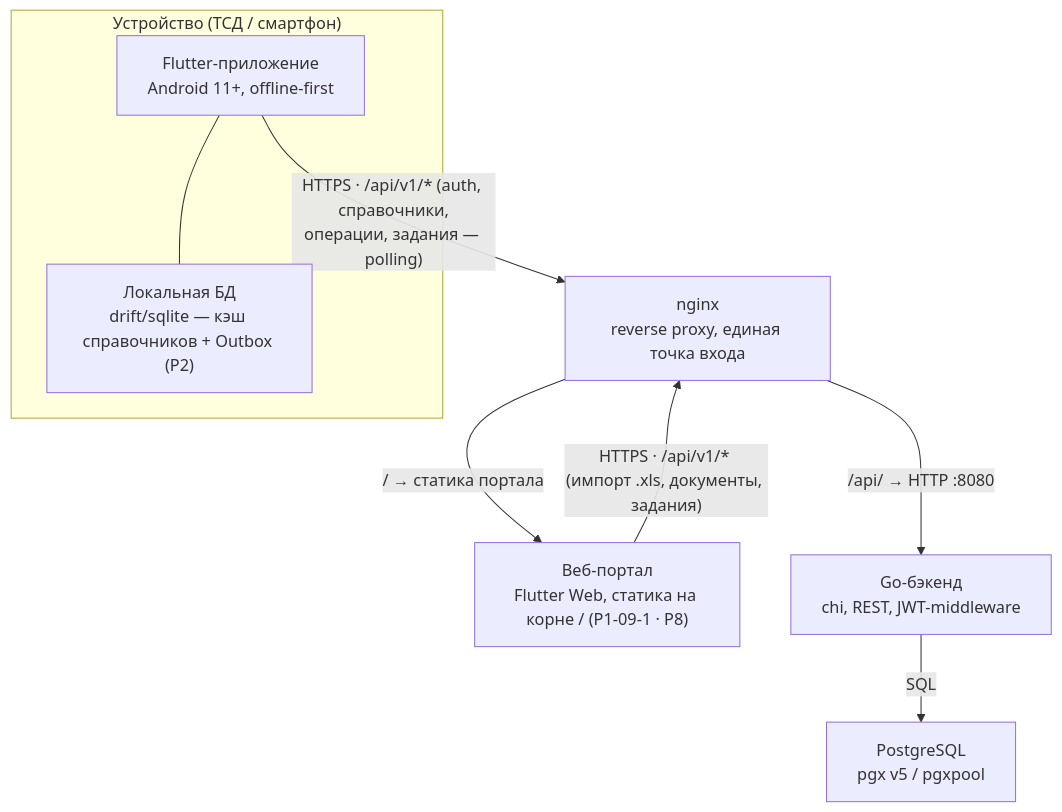
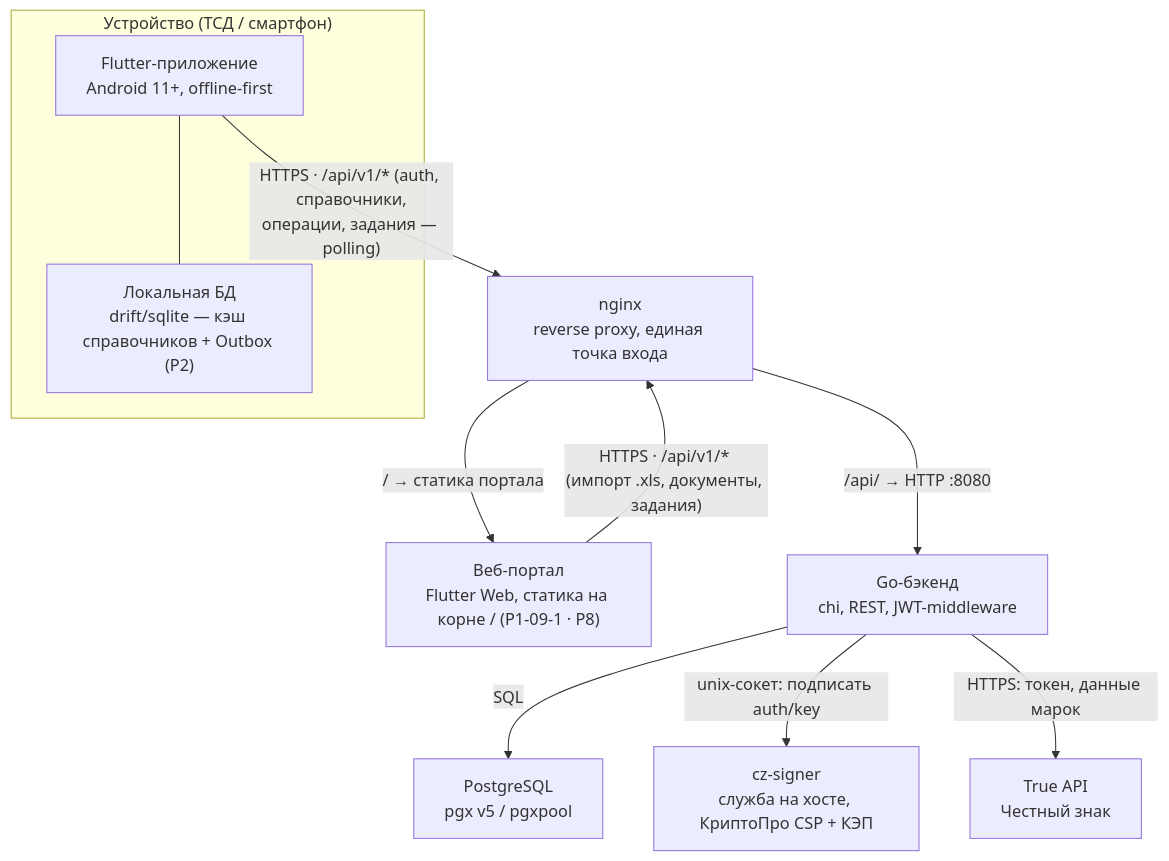
The second of 4 diagrams in docs/architecture.md (SergeiSMV/craft_limonades), drawn with Mermaid before and after one commit. The commit also changed other lines of this file and 33 other files, not shown here.

First line of the commit message:
feat(cz): CZ-02 - подписант cz-signer на хосте и клиент True API

````diff
--- a/docs/architecture.md
+++ b/docs/architecture.md
@@ -55,19 +60,23 @@
 ```mermaid
 flowchart TB
     subgraph device["Устройство (ТСД / смартфон)"]
         app["Flutter-приложение<br/>Android 11+, offline-first"]
         localdb["Локальная БД<br/>drift/sqlite — кэш справочников + Outbox (P2)"]
         app --- localdb
     end
 
     portal["Веб-портал<br/>Flutter Web, статика на корне / (P1-09-1 · P8)"]
     nginx["nginx<br/>reverse proxy, единая точка входа"]
     backend["Go-бэкенд<br/>chi, REST, JWT-middleware"]
     pg["PostgreSQL<br/>pgx v5 / pgxpool"]
+    signer["cz-signer<br/>служба на хосте, КриптоПро CSP + КЭП"]
+    trueapi["True API<br/>Честный знак"]
 
     app -->|"HTTPS · /api/v1/* (auth, справочники,<br/>операции, задания — polling)"| nginx
     portal -->|"HTTPS · /api/v1/* (импорт .xls, документы, задания)"| nginx
     nginx -->|"/api/ → HTTP :8080"| backend
     nginx -->|"/ → статика портала"| portal
     backend -->|"SQL"| pg
+    backend -->|"unix-сокет: подписать auth/key"| signer
+    backend -->|"HTTPS: токен, данные марок"| trueapi
 ```
````
